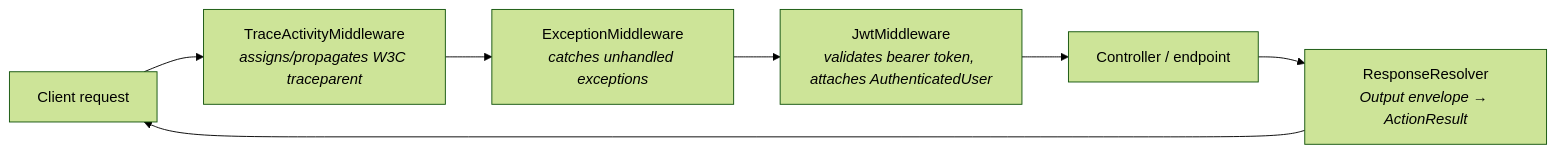
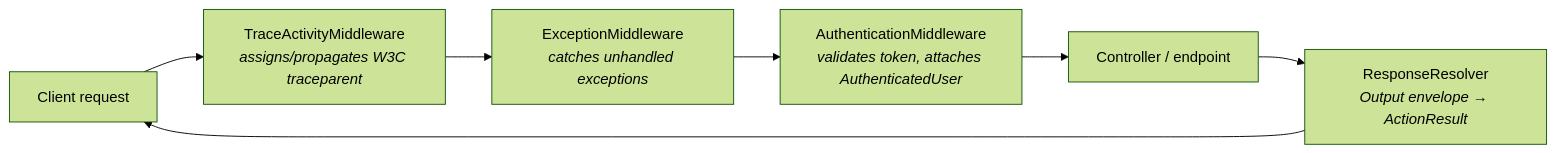
Before and after one commit to artur-rios/dotnet-webapi-util: the first of 3 diagrams in docs/content/architecture.md, drawn with Mermaid (forest theme). The commit also changed other lines of this file and 5 other files, not shown here.

First line of the commit message:
docs: document token sources and Google authentication

````diff
--- a/docs/content/architecture.md
+++ b/docs/content/architecture.md
@@ -17,9 +17,9 @@
 ```mermaid
 flowchart LR
     Client["Client request"] --> Trace["TraceActivityMiddleware<br/><i>assigns/propagates W3C traceparent</i>"]
     Trace --> Exception["ExceptionMiddleware<br/><i>catches unhandled exceptions</i>"]
-    Exception --> Jwt["JwtMiddleware<br/><i>validates bearer token, attaches AuthenticatedUser</i>"]
-    Jwt --> Endpoint["Controller / endpoint"]
+    Exception --> Auth["AuthenticationMiddleware<br/><i>validates token, attaches AuthenticatedUser</i>"]
+    Auth --> Endpoint["Controller / endpoint"]
     Endpoint --> Resolver["ResponseResolver<br/><i>Output envelope → ActionResult</i>"]
     Resolver --> Client
 ```
````
